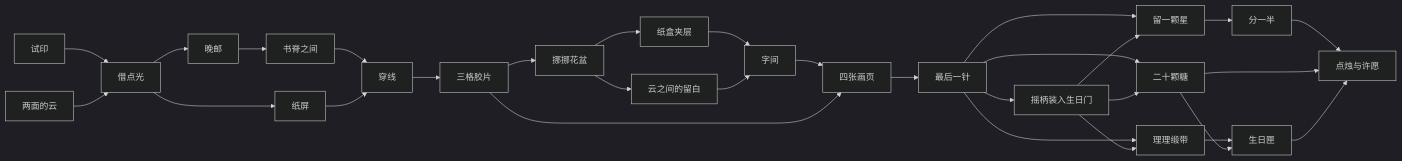
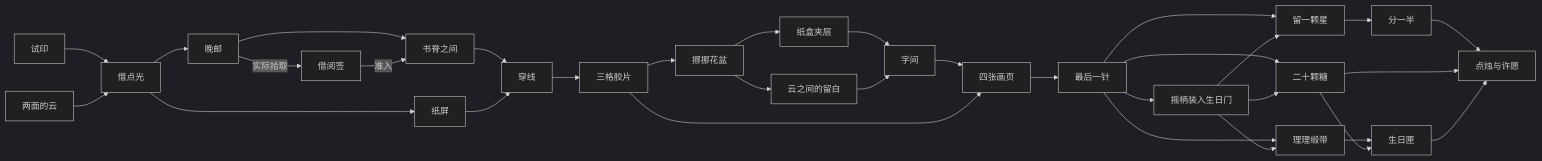
Before and after one commit to liu2024whu-bit/smallgame: the diagram in docs/v29-relations.md, drawn with Mermaid (dark theme). The commit also changed other lines of this file and 82 other files, not shown here.

````diff
--- a/docs/v29-relations.md
+++ b/docs/v29-relations.md
@@ -7,51 +7,53 @@
 ```mermaid
 flowchart LR
   paper["试印"]
   cloud["两面的云"]
   calibration["借点光"]
   postbox["晚邮"]
   books["书脊之间"]
   screen["纸屏"]
   belt["穿线"]
   film["三格胶片"]
   flowers["挪挪花盆"]
   paperBack["纸盒夹层"]
   cloudGap["云之间的留白"]
   wordlock["字间"]
   album["四张画页"]
   stitch["最后一针"]
   chocolate["留一颗星"]
   cocoa["分一半"]
   sweets["二十颗糖"]
   ribbons["理理缎带"]
   birthdayLock["生日匣"]
   paper --> calibration
   cloud --> calibration
   calibration --> postbox
   postbox --> books
   calibration --> screen
   books --> belt
   screen --> belt
   belt --> film
   film --> flowers
   flowers --> paperBack
   flowers --> cloudGap
   paperBack --> wordlock
   cloudGap --> wordlock
   wordlock --> album
   film --> album
   album --> stitch
   stitch --> chocolate
   chocolate --> cocoa
   stitch --> sweets
   stitch --> ribbons
   ribbons --> birthdayLock
+  postbox -->|实际拾取| borrowSlip["借阅签"]
+  borrowSlip -->|准入| books
   stitch --> birthdayDoor["摇柄装入生日门"]
   birthdayDoor --> chocolate
   birthdayDoor --> sweets
   birthdayDoor --> ribbons
   sweets --> birthdayLock
   cocoa --> candles["点烛与许愿"]
   sweets --> candles
   birthdayLock --> candles
 ```
````
